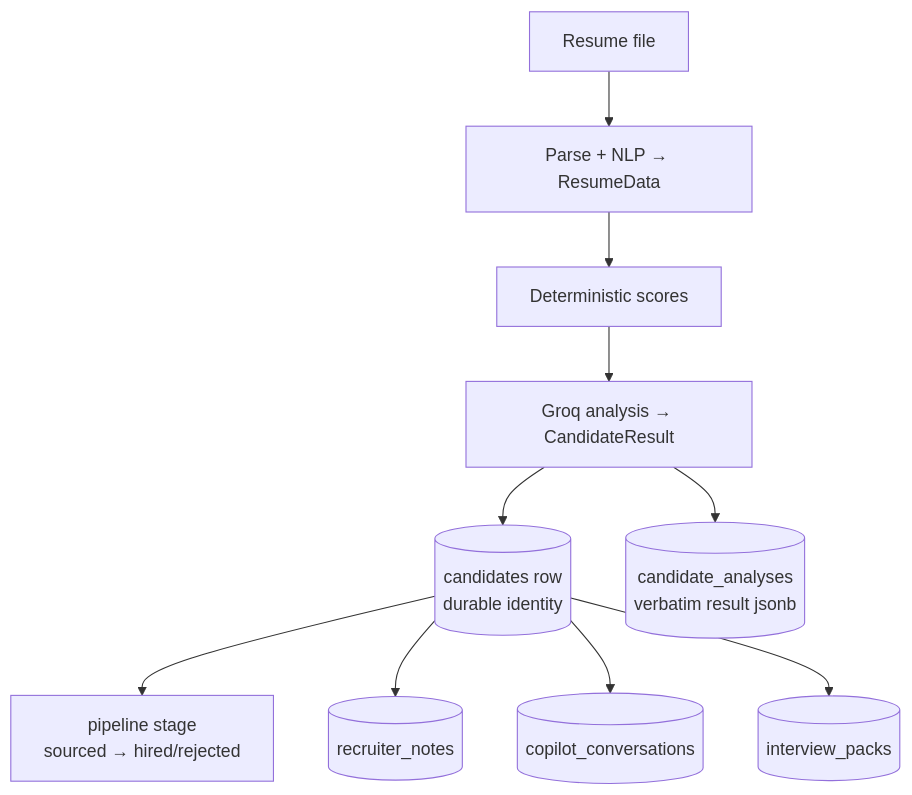
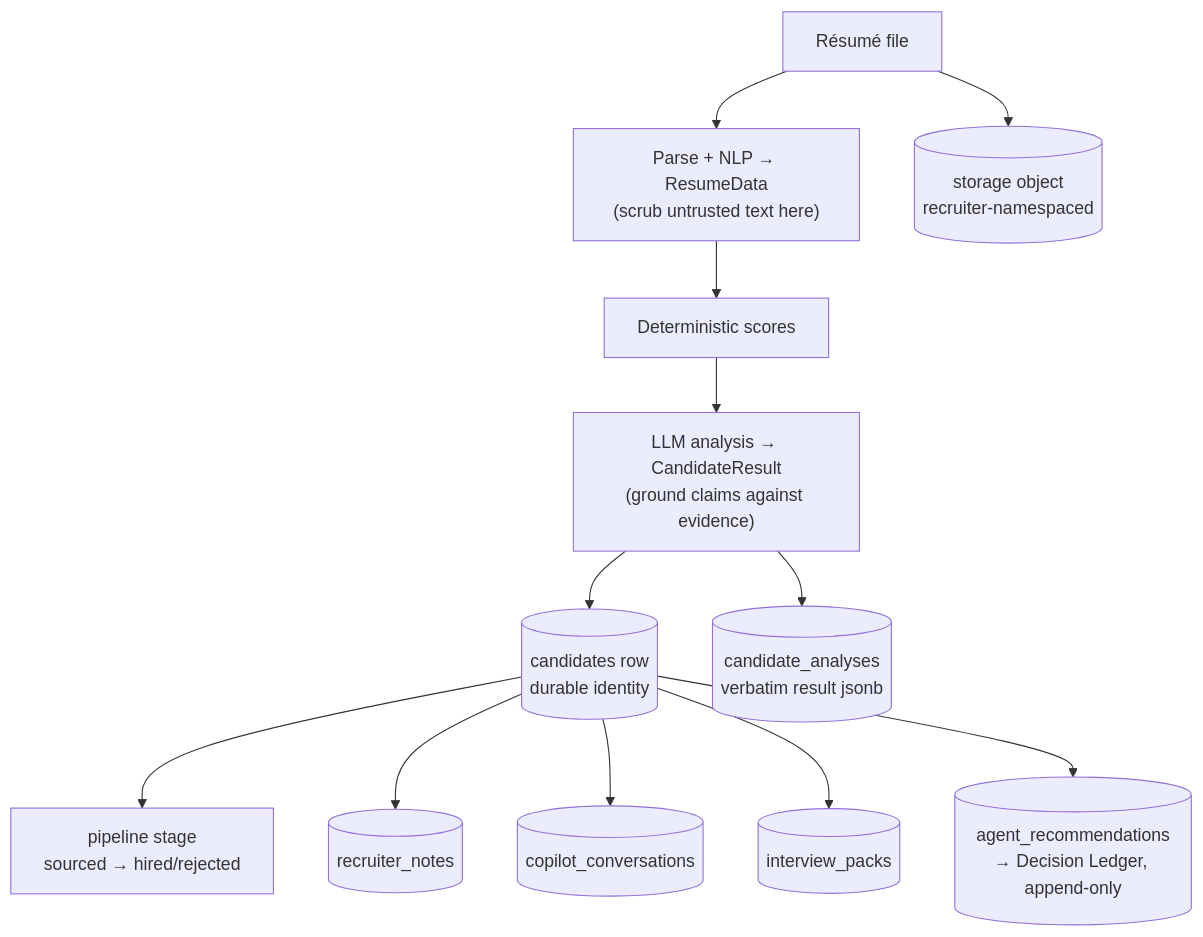
Before and after one commit to ShrijalGoswami/Resume-Parser: the fourth of 4 diagrams in docs/ARCHITECTURE.md, drawn with Mermaid. The commit also changed other lines of this file and 103 other files, not shown here.

````diff
--- a/docs/ARCHITECTURE.md
+++ b/docs/ARCHITECTURE.md
@@ -170,12 +339,14 @@
 ```mermaid
 flowchart TD
-    F[Resume file] --> X[Parse + NLP → ResumeData]
+    F[Résumé file] --> X["Parse + NLP → ResumeData<br/>(scrub untrusted text here)"]
     X --> S[Deterministic scores]
-    S --> A[Groq analysis → CandidateResult]
+    S --> A["LLM analysis → CandidateResult<br/>(ground claims against evidence)"]
     A --> C[(candidates row<br/>durable identity)]
     A --> AN[(candidate_analyses<br/>verbatim result jsonb)]
+    F --> B[(storage object<br/>recruiter-namespaced)]
     C --> ST[pipeline stage<br/>sourced → hired/rejected]
     C --> NT[(recruiter_notes)]
     C --> CP[(copilot_conversations)]
     C --> IP[(interview_packs)]
+    C --> LG[(agent_recommendations<br/>→ Decision Ledger, append-only)]
 ```
````
